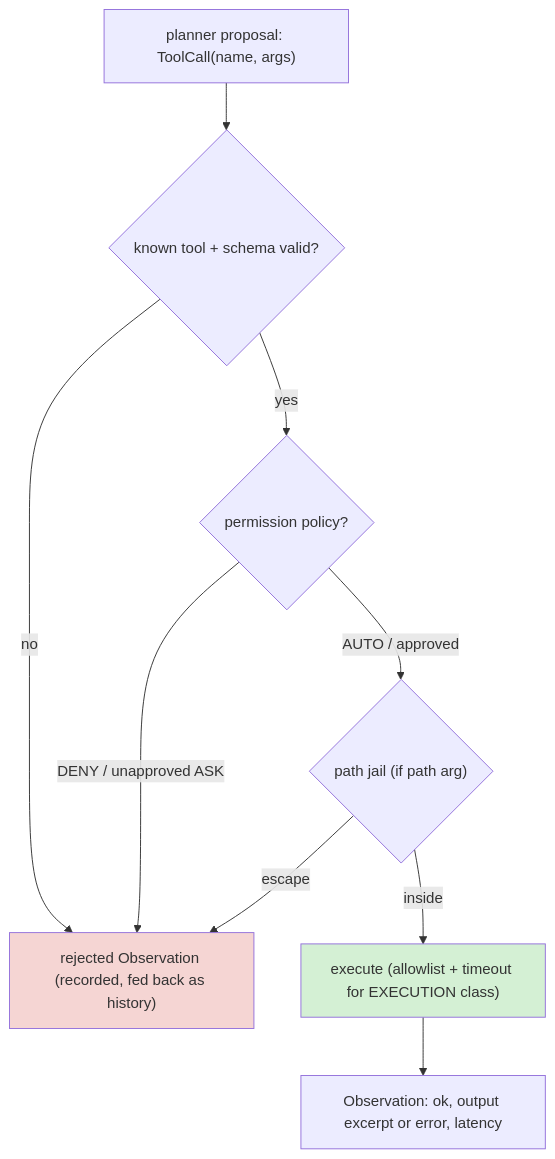
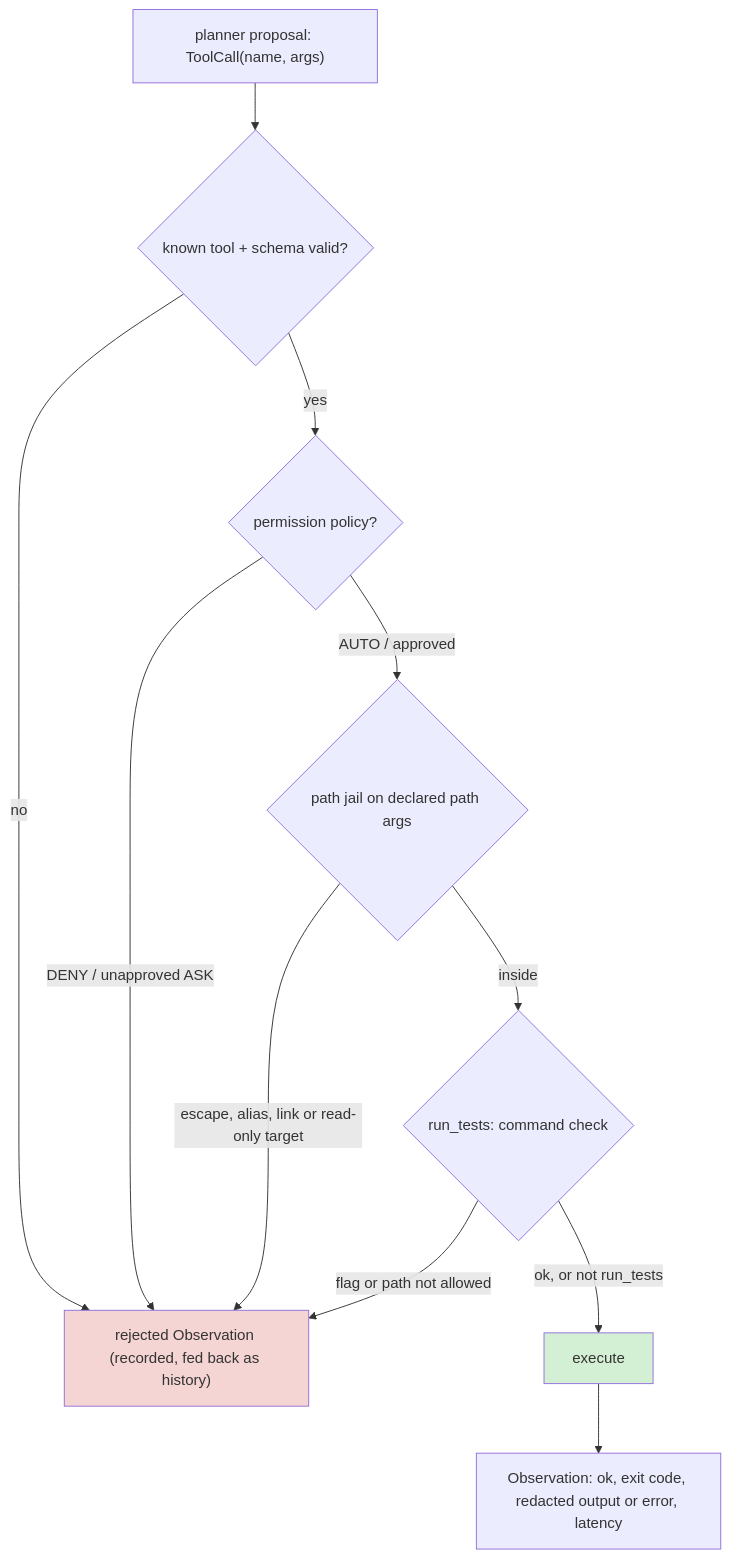
Before and after one commit to vaibhav3000/repo-engineer: the third of 5 diagrams in README.md, drawn with Mermaid. The commit also changed other lines of this file and 4 other files, not shown here.

````diff
--- a/README.md
+++ b/README.md
@@ -115,13 +151,15 @@
 ```mermaid
 flowchart TD
     P["planner proposal: ToolCall(name, args)"] --> V{"known tool + schema valid?"}
     V -->|"no"| REJ["rejected Observation (recorded, fed back as history)"]
     V -->|"yes"| POL{"permission policy?"}
     POL -->|"DENY / unapproved ASK"| REJ
-    POL -->|"AUTO / approved"| JAIL{"path jail (if path arg)"}
-    JAIL -->|"escape"| REJ
-    JAIL -->|"inside"| EXEC["execute (allowlist + timeout for EXECUTION class)"]
-    EXEC --> OBS["Observation: ok, output excerpt or error, latency"]
+    POL -->|"AUTO / approved"| JAIL{"path jail on declared path args"}
+    JAIL -->|"escape, alias, link or read-only target"| REJ
+    JAIL -->|"inside"| EXEC{"run_tests: command check"}
+    EXEC -->|"flag or path not allowed"| REJ
+    EXEC -->|"ok, or not run_tests"| RUN["execute"]
+    RUN --> OBS["Observation: ok, exit code, redacted output or error, latency"]
     style REJ fill:#f5d5d3
-    style EXEC fill:#d4f0d4
+    style RUN fill:#d4f0d4
 ```
````
